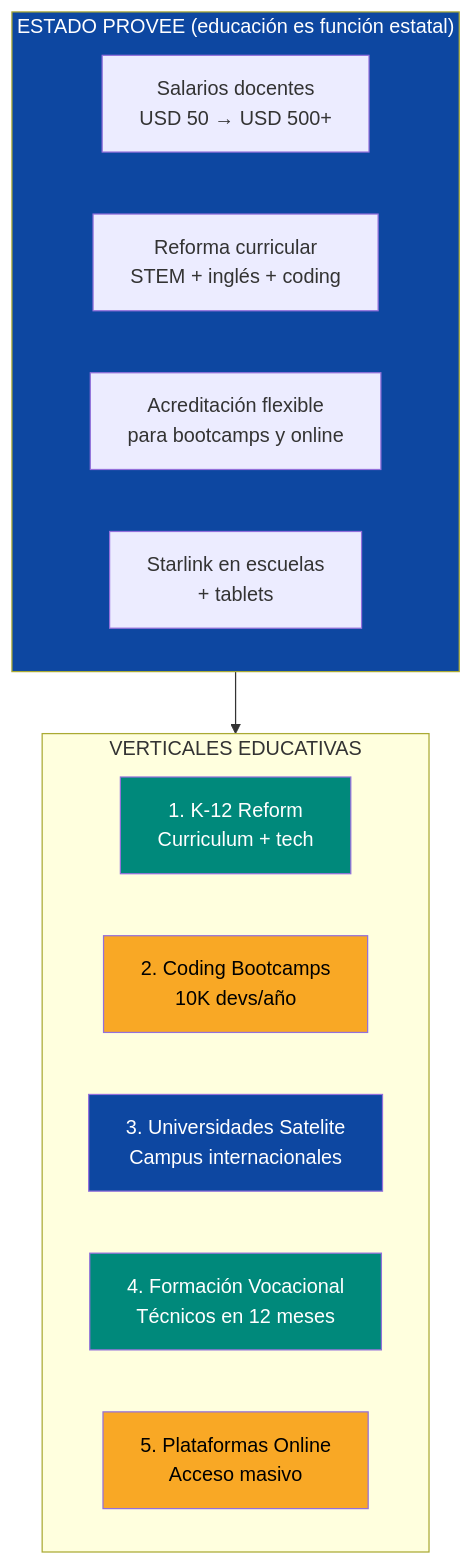
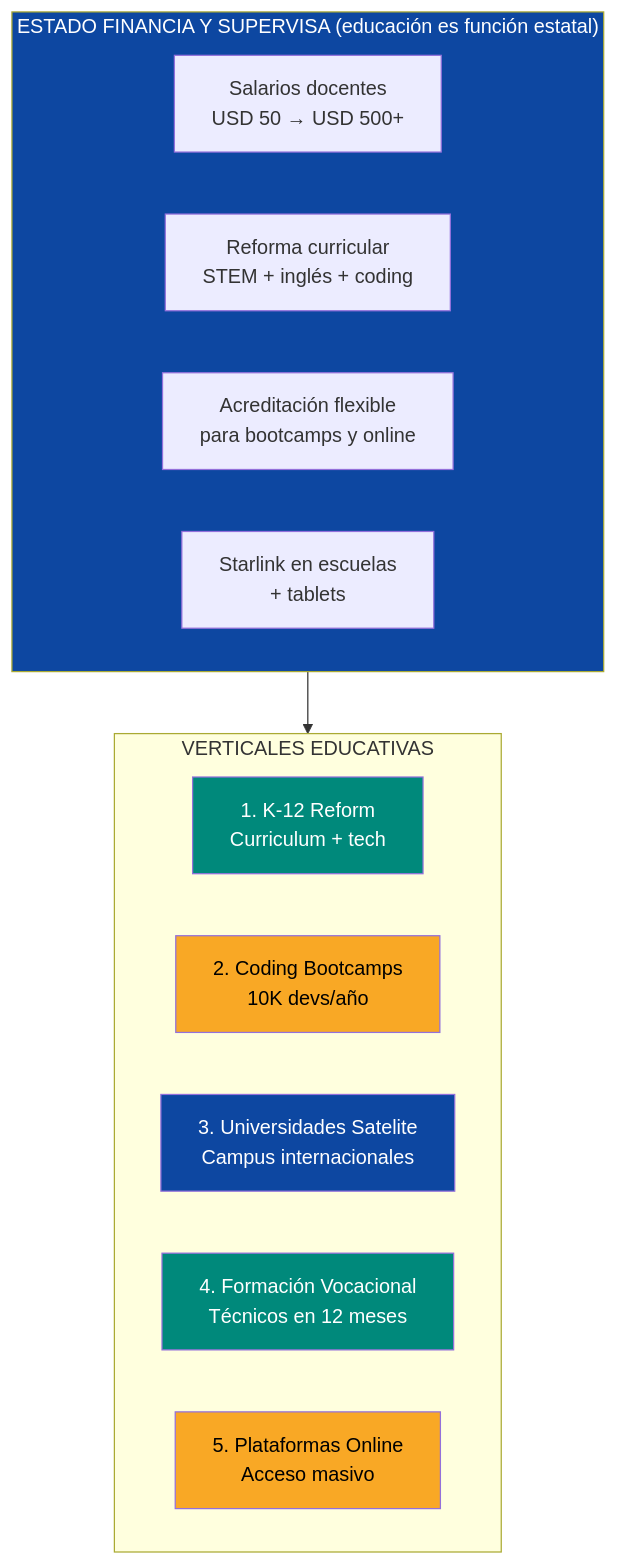
Before and after one commit to Venezuela-S-A/venezuela-sa: the first of 3 diagrams in docs/10-oportunidades/educacion-edtech.md, drawn with Mermaid. The commit also changed other lines of this file and 7 other files, not shown here.

````diff
--- a/docs/10-oportunidades/educacion-edtech.md
+++ b/docs/10-oportunidades/educacion-edtech.md
@@ -62,26 +62,26 @@
 ```mermaid
 flowchart TB
-    subgraph GOV["ESTADO PROVEE (educación es función estatal)"]
+    subgraph GOV["ESTADO FINANCIA Y SUPERVISA (educación es función estatal)"]
         SAL["Salarios docentes<br/>USD 50 → USD 500+"]
         REF["Reforma curricular<br/>STEM + inglés + coding"]
         ACR["Acreditación flexible<br/>para bootcamps y online"]
         INF["Starlink en escuelas<br/>+ tablets"]
     end
 
     subgraph EDU["VERTICALES EDUCATIVAS"]
         K12["1. K-12 Reform<br/>Curriculum + tech"]
         BOOT["2. Coding Bootcamps<br/>10K devs/año"]
         UNI["3. Universidades Satelite<br/>Campus internacionales"]
         VOC["4. Formación Vocacional<br/>Técnicos en 12 meses"]
         ONLINE["5. Plataformas Online<br/>Acceso masivo"]
     end
 
     GOV --> EDU
 
     style GOV fill:#0D47A1,color:#fff
     style K12 fill:#00897B,color:#fff
     style BOOT fill:#F9A825,color:#000
     style UNI fill:#0D47A1,color:#fff
     style VOC fill:#00897B,color:#fff
     style ONLINE fill:#F9A825,color:#000
 ```
````
